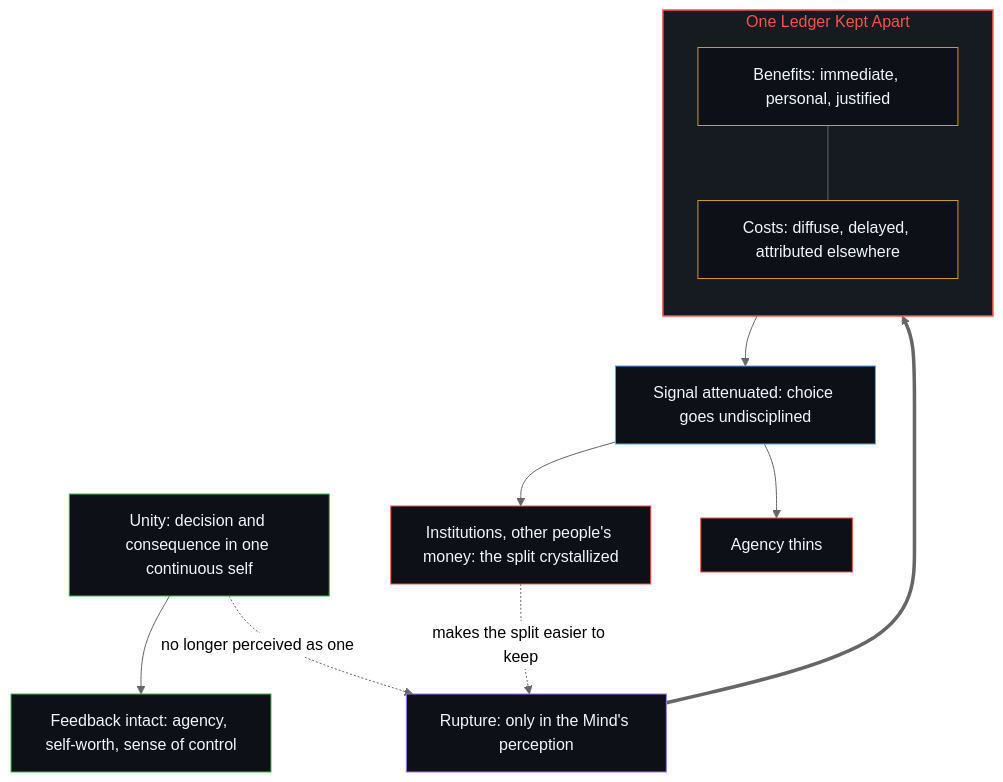
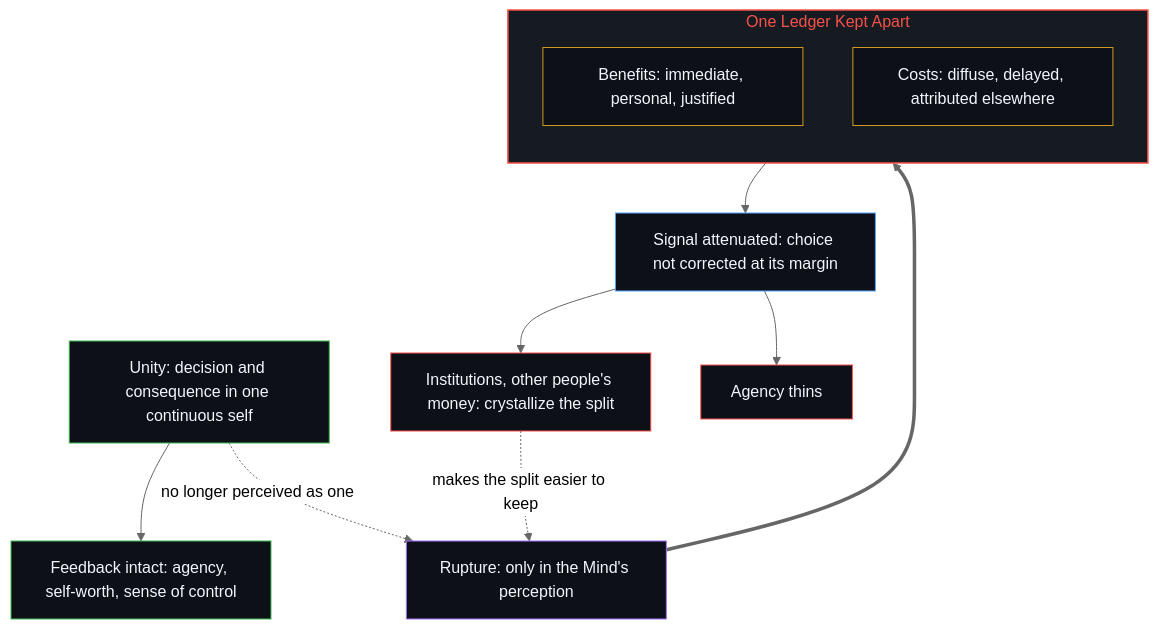
One commit to powerpig99/not-a-toe changed the second of 2 diagrams in content/posts/the-irreducible-prior-of-decision-and-consequence.md. Above: the diagram before and after it, drawn with Mermaid (neutral theme). The commit also changed other lines of this file and 8 other files, not shown here.

Commit message:
Refine 决策与后果的不可约先验 / The Irreducible Prior of Decision and Consequence after Grok Build and Antigravity reviews

````diff
--- a/content/posts/the-irreducible-prior-of-decision-and-consequence.md
+++ b/content/posts/the-irreducible-prior-of-decision-and-consequence.md
@@ -87,31 +86,30 @@
 ```mermaid
 flowchart TD
     U["Unity: decision and consequence in one continuous self"]
     A["Feedback intact: agency, self-worth, sense of control"]
     R["Rupture: only in the Mind's perception"]
     subgraph S_Split["One Ledger Kept Apart"]
         direction TB
         L1["Benefits: immediate, personal, justified"]
         L2["Costs: diffuse, delayed, attributed elsewhere"]
     end
-    W["Signal attenuated: choice goes undisciplined"]
-    I["Institutions, other people's money: the split crystallized"]
+    W["Signal attenuated: choice not corrected at its margin"]
+    I["Institutions, other people's money: crystallize the split"]
     T["Agency thins"]
     U --> A
     U -.->|"no longer perceived as one"| R
-    R ==> L1
-    L1 --- L2
-    L2 --> W
+    R ==> S_Split
+    S_Split --> W
     W --> I
     W --> T
     I -.->|"makes the split easier to keep"| R
     style S_Split fill:#161b22,stroke:#f85149,stroke-width:1.5px,color:#f85149
     style U fill:#0d1117,stroke:#3fb950,stroke-width:1px,color:#f0f6fc
     style A fill:#0d1117,stroke:#3fb950,stroke-width:1px,color:#f0f6fc
     style R fill:#0d1117,stroke:#a371f7,stroke-width:1px,color:#f0f6fc
     style L1 fill:#0d1117,stroke:#d29922,stroke-width:1px,color:#f0f6fc
     style L2 fill:#0d1117,stroke:#d29922,stroke-width:1px,color:#f0f6fc
     style W fill:#0d1117,stroke:#58a6ff,stroke-width:1px,color:#f0f6fc
     style I fill:#0d1117,stroke:#f85149,stroke-width:1px,color:#f0f6fc
     style T fill:#0d1117,stroke:#f85149,stroke-width:1px,color:#f0f6fc
 ```
````
